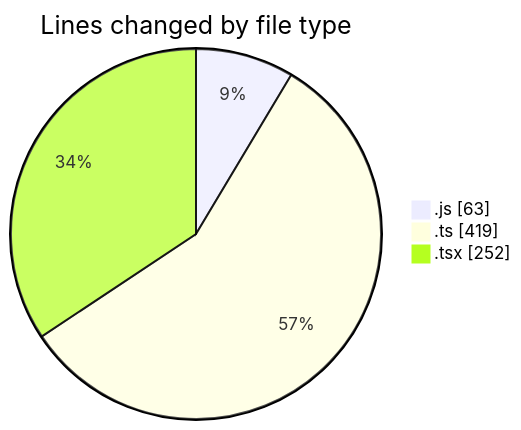
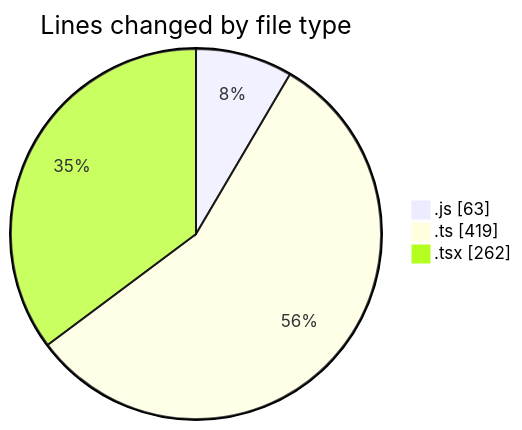
One commit to momahboobian/code-tracking changed the first of 2 diagrams in 2026-08-04/cda/README.md. Above: the diagram before and after it, drawn with Mermaid. The commit also changed other lines of this file and 1 other file, not shown here.

````diff
--- a/2026-08-04/cda/README.md
+++ b/2026-08-04/cda/README.md
@@ -27,7 +27,7 @@
 ```mermaid
 pie showData
 title Lines changed by file type
 ".js" : 63
 ".ts" : 419
-".tsx" : 252
+".tsx" : 262
 ```
````
